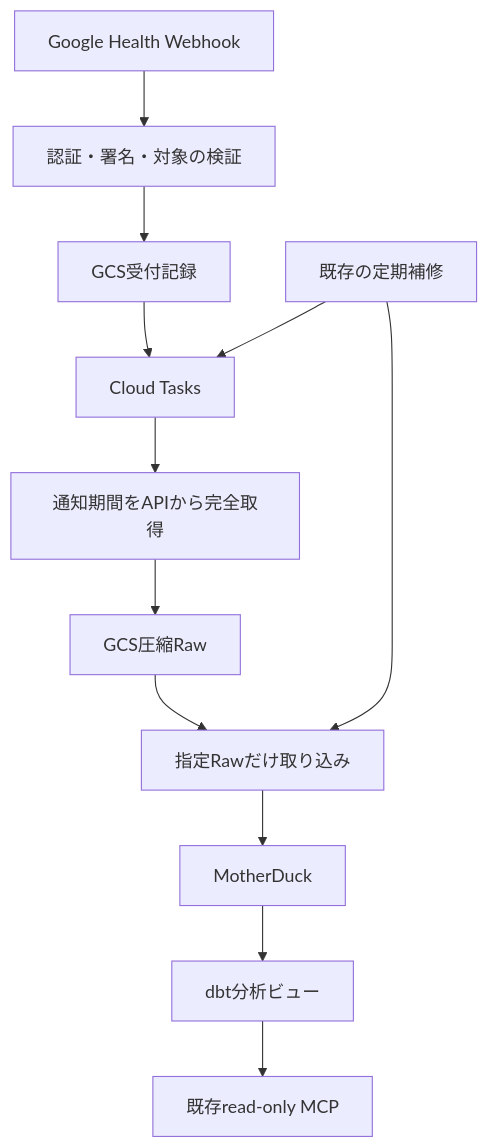
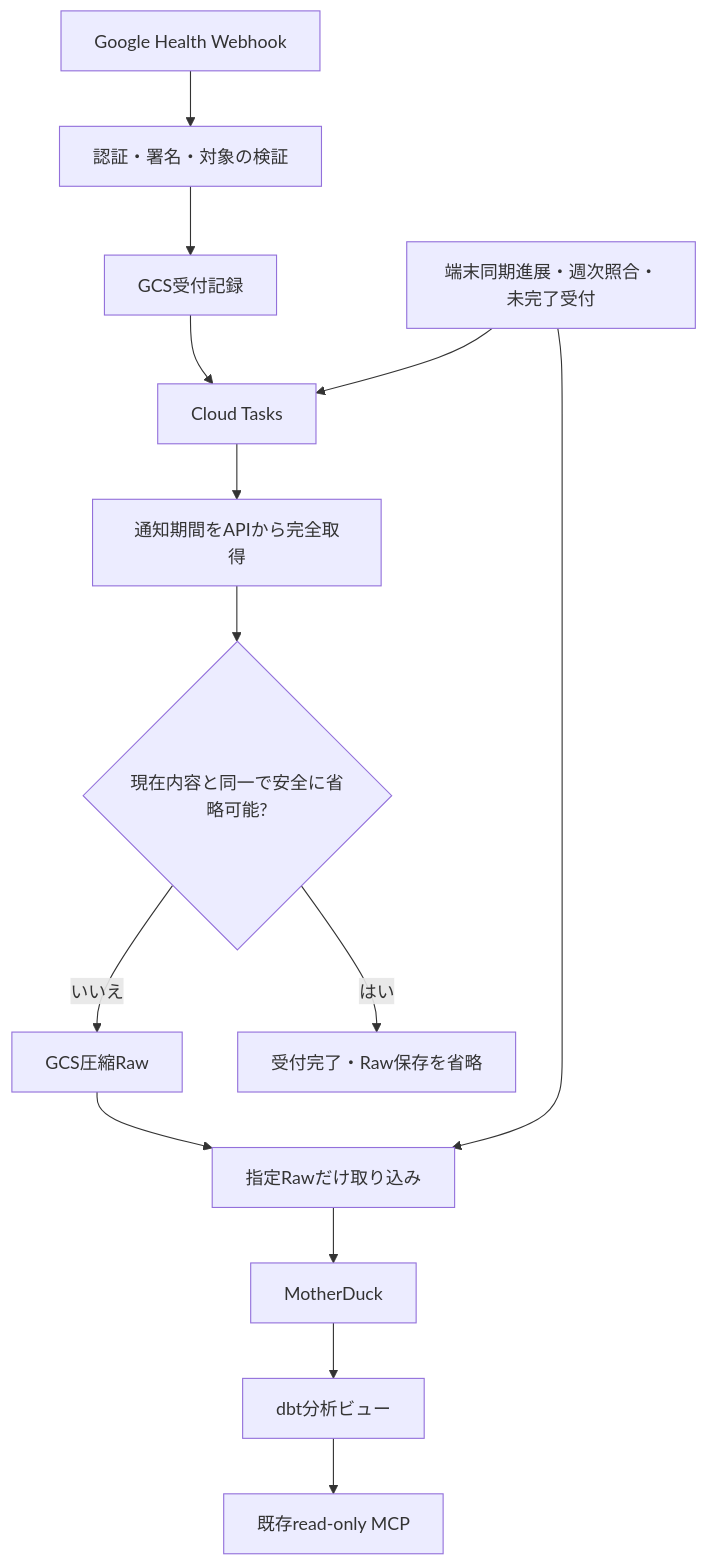
Before and after one commit to binbianlong/personal-data-platform: the diagram in docs/sources/fitbit/README.md, drawn with Mermaid. The commit also changed 9 other files, not shown here.

````diff
--- a/docs/sources/fitbit/README.md
+++ b/docs/sources/fitbit/README.md
@@ -6,14 +6,16 @@
 ```mermaid
 flowchart TD
     H[Google Health Webhook] --> R[認証・署名・対象の検証]
     R --> P[GCS受付記録]
     P --> Q[Cloud Tasks]
     Q --> W[通知期間をAPIから完全取得]
-    W --> G[GCS圧縮Raw]
+    W --> D{現在内容と同一で安全に省略可能?}
+    D -->|いいえ| G[GCS圧縮Raw]
+    D -->|はい| S[受付完了・Raw保存を省略]
     G --> L[指定Rawだけ取り込み]
     L --> M[MotherDuck]
-    C[既存の定期補修] --> Q
+    C[端末同期進展・週次照合・未完了受付] --> Q
     C --> L
     M --> V[dbt分析ビュー]
     V --> A[既存read-only MCP]
 ```
````
